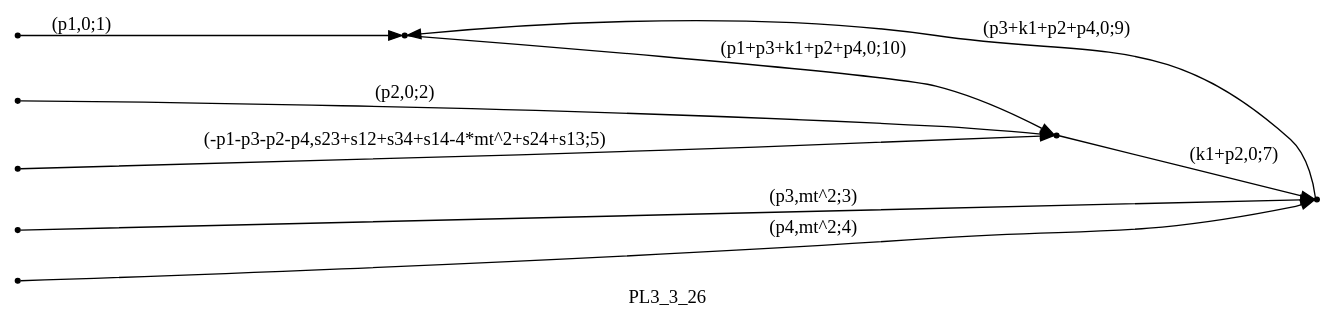
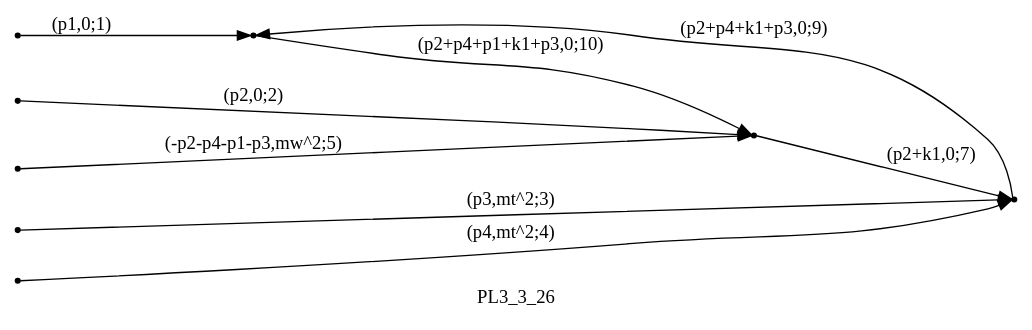
The diagram in 1loopAmplitude/Reduze/graphs/PL3/all/PL3_3_26.dot (UsHnBaGp/Wtt), drawn with Graphviz before and after one commit. The commit also changed 163 other files, not shown here.

```diff
--- a/1loopAmplitude/Reduze/graphs/PL3/all/PL3_3_26.dot
+++ b/1loopAmplitude/Reduze/graphs/PL3/all/PL3_3_26.dot
@@ -1,23 +1,23 @@
 digraph PL3_3_26 {
   label="PL3_3_26";
   rankdir="LR";
   subgraph edges {
     -1 -> 3 [label="(p1,0;1)"];
     -2 -> 2 [label="(p2,0;2)"];
     -3 -> 1 [label="(p3,mt^2;3)"];
     -4 -> 1 [label="(p4,mt^2;4)"];
-    -5 -> 2 [label="(-p1-p3-p2-p4,s23+s12+s34+s14-4*mt^2+s24+s13;5)"];
-    2 -> 1 [label="(k1+p2,0;7)"];
-    1 -> 3 [label="(p3+k1+p2+p4,0;9)"];
-    3 -> 2 [label="(p1+p3+k1+p2+p4,0;10)"];
+    -5 -> 2 [label="(-p2-p4-p1-p3,mw^2;5)"];
+    2 -> 1 [label="(p2+k1,0;7)"];
+    1 -> 3 [label="(p2+p4+k1+p3,0;9)"];
+    3 -> 2 [label="(p2+p4+p1+k1+p3,0;10)"];
   }
   subgraph incoming { rank="source"; -1; -2; -3; -4; -5; }
 -5 [shape=point];
 -4 [shape=point];
 -3 [shape=point];
 -2 [shape=point];
 -1 [shape=point];
 1 [shape=point];
 2 [shape=point];
 3 [shape=point];
 }
```
